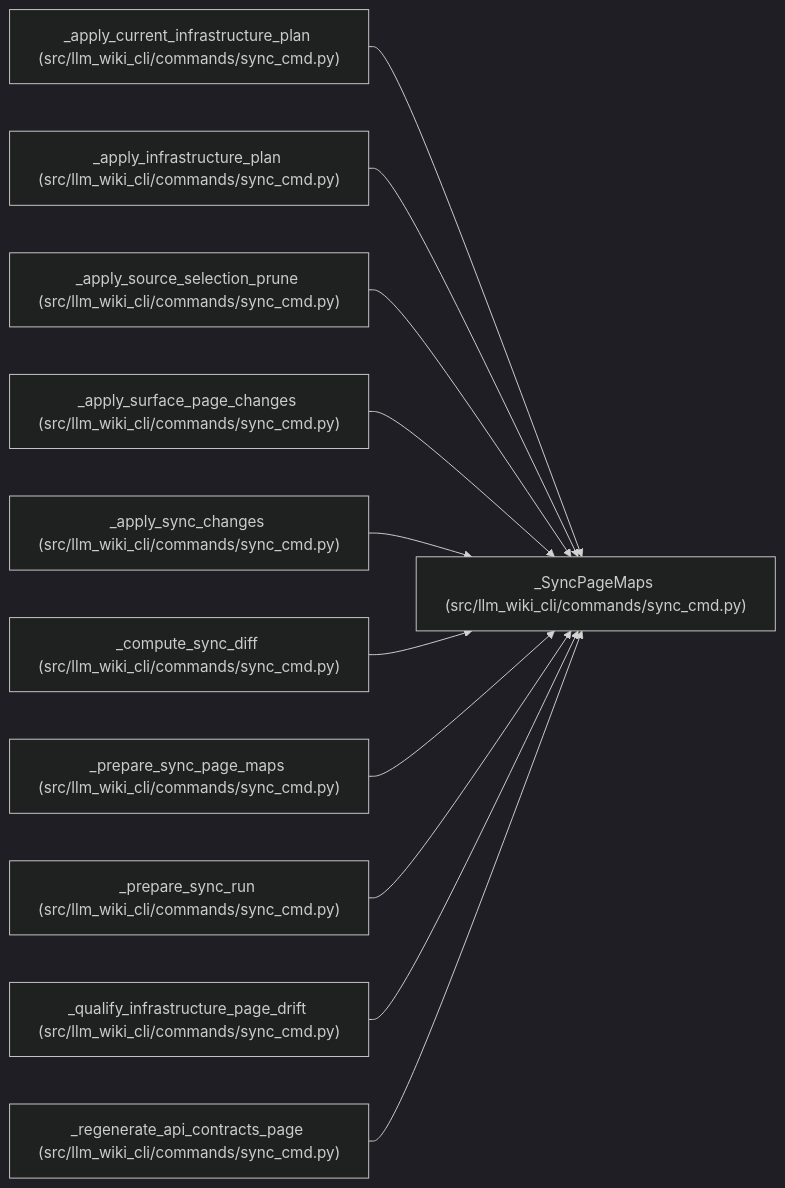
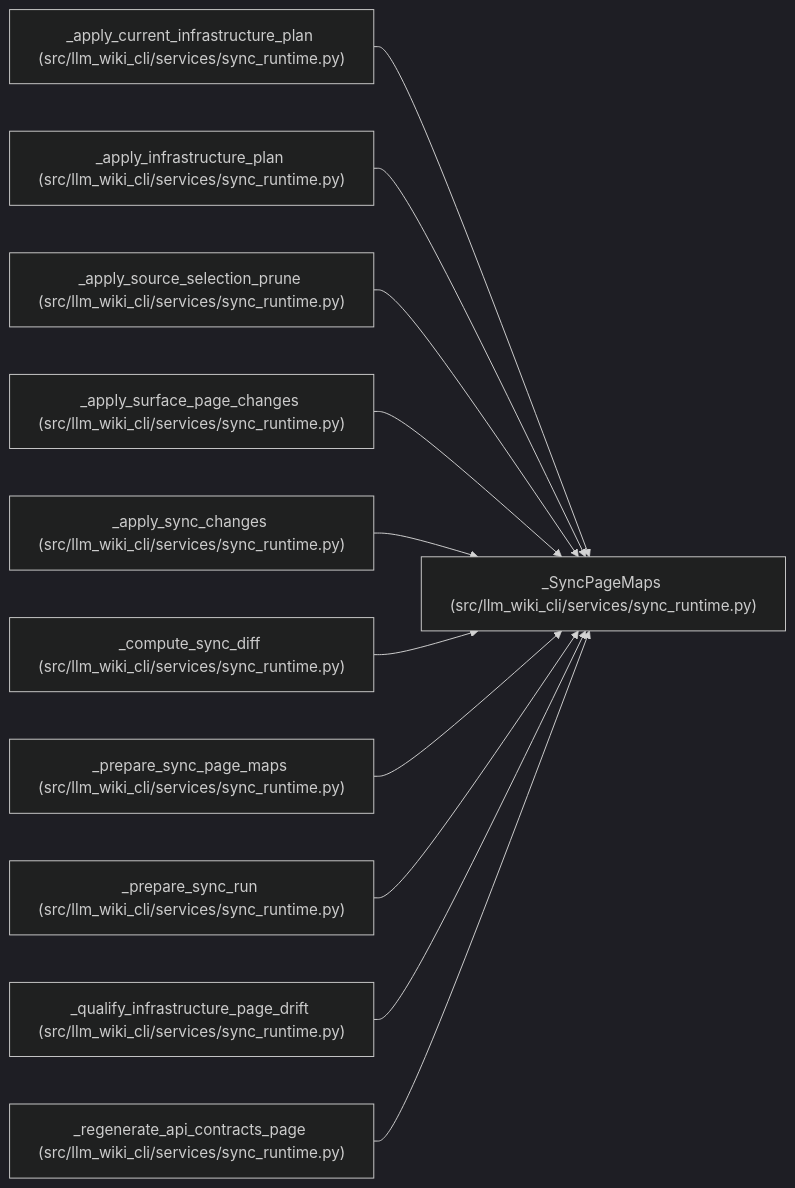
Before and after one commit to Denissvgn/python-wiki-llm: the diagram in docs/llm_wiki/entities/SyncPageMaps.md, drawn with Mermaid (dark theme). The commit also changed other lines of this file and 1555 other files, not shown here.

````diff
--- a/docs/llm_wiki/entities/SyncPageMaps.md
+++ b/docs/llm_wiki/entities/SyncPageMaps.md
@@ -29,35 +29,35 @@
 ```mermaid
 flowchart LR
-    n0["_SyncPageMaps (src/llm_wiki_cli/commands/sync_cmd.py)"]
-    n1["_apply_current_infrastructure_plan (src/llm_wiki_cli/commands/sync_cmd.py)"]
-    n2["_apply_infrastructure_plan (src/llm_wiki_cli/commands/sync_cmd.py)"]
-    n3["_apply_source_selection_prune (src/llm_wiki_cli/commands/sync_cmd.py)"]
-    n4["_apply_surface_page_changes (src/llm_wiki_cli/commands/sync_cmd.py)"]
-    n5["_apply_sync_changes (src/llm_wiki_cli/commands/sync_cmd.py)"]
-    n6["_compute_sync_diff (src/llm_wiki_cli/commands/sync_cmd.py)"]
-    n7["_prepare_sync_page_maps (src/llm_wiki_cli/commands/sync_cmd.py)"]
-    n8["_prepare_sync_run (src/llm_wiki_cli/commands/sync_cmd.py)"]
-    n9["_qualify_infrastructure_page_drift (src/llm_wiki_cli/commands/sync_cmd.py)"]
-    n10["_regenerate_api_contracts_page (src/llm_wiki_cli/commands/sync_cmd.py)"]
+    n0["_SyncPageMaps (src/llm_wiki_cli/services/sync_runtime.py)"]
+    n1["_apply_current_infrastructure_plan (src/llm_wiki_cli/services/sync_runtime.py)"]
+    n2["_apply_infrastructure_plan (src/llm_wiki_cli/services/sync_runtime.py)"]
+    n3["_apply_source_selection_prune (src/llm_wiki_cli/services/sync_runtime.py)"]
+    n4["_apply_surface_page_changes (src/llm_wiki_cli/services/sync_runtime.py)"]
+    n5["_apply_sync_changes (src/llm_wiki_cli/services/sync_runtime.py)"]
+    n6["_compute_sync_diff (src/llm_wiki_cli/services/sync_runtime.py)"]
+    n7["_prepare_sync_page_maps (src/llm_wiki_cli/services/sync_runtime.py)"]
+    n8["_prepare_sync_run (src/llm_wiki_cli/services/sync_runtime.py)"]
+    n9["_qualify_infrastructure_page_drift (src/llm_wiki_cli/services/sync_runtime.py)"]
+    n10["_regenerate_api_contracts_page (src/llm_wiki_cli/services/sync_runtime.py)"]
     n1 --> n0
     n2 --> n0
     n3 --> n0
     n4 --> n0
     n5 --> n0
     n6 --> n0
     n7 --> n0
     n8 --> n0
     n9 --> n0
     n10 --> n0
-    click n0 "../modules/sync_cmd.md"
-    click n1 "../modules/sync_cmd.md"
-    click n2 "../modules/sync_cmd.md"
-    click n3 "../modules/sync_cmd.md"
-    click n4 "../modules/sync_cmd.md"
-    click n5 "../modules/sync_cmd.md"
-    click n6 "../modules/sync_cmd.md"
-    click n7 "../modules/sync_cmd.md"
-    click n8 "../modules/sync_cmd.md"
-    click n9 "../modules/sync_cmd.md"
-    click n10 "../modules/sync_cmd.md"
+    click n0 "../modules/sync_runtime.md"
+    click n1 "../modules/sync_runtime.md"
+    click n2 "../modules/sync_runtime.md"
+    click n3 "../modules/sync_runtime.md"
+    click n4 "../modules/sync_runtime.md"
+    click n5 "../modules/sync_runtime.md"
+    click n6 "../modules/sync_runtime.md"
+    click n7 "../modules/sync_runtime.md"
+    click n8 "../modules/sync_runtime.md"
+    click n9 "../modules/sync_runtime.md"
+    click n10 "../modules/sync_runtime.md"
 ```
````
